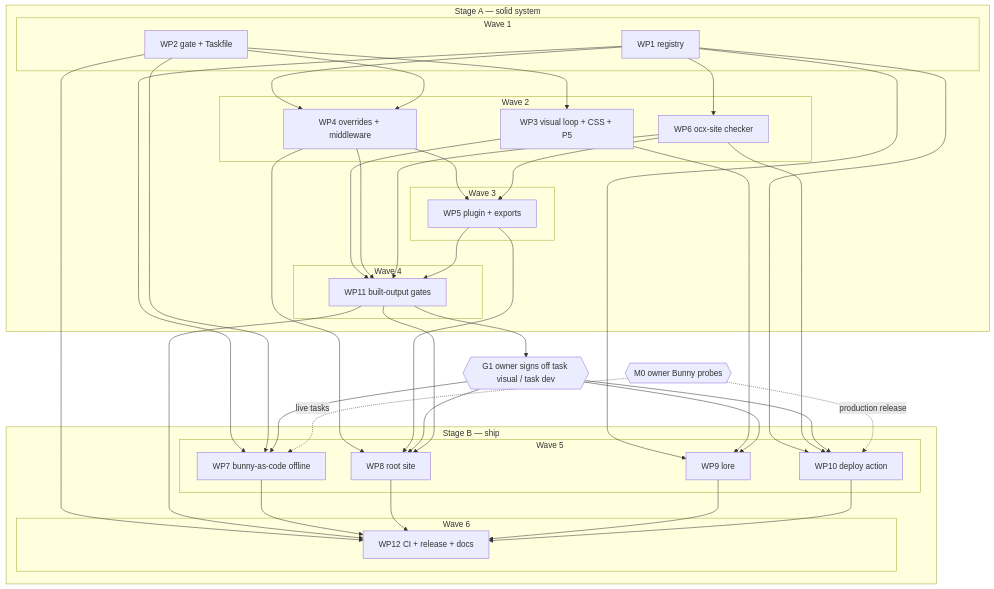
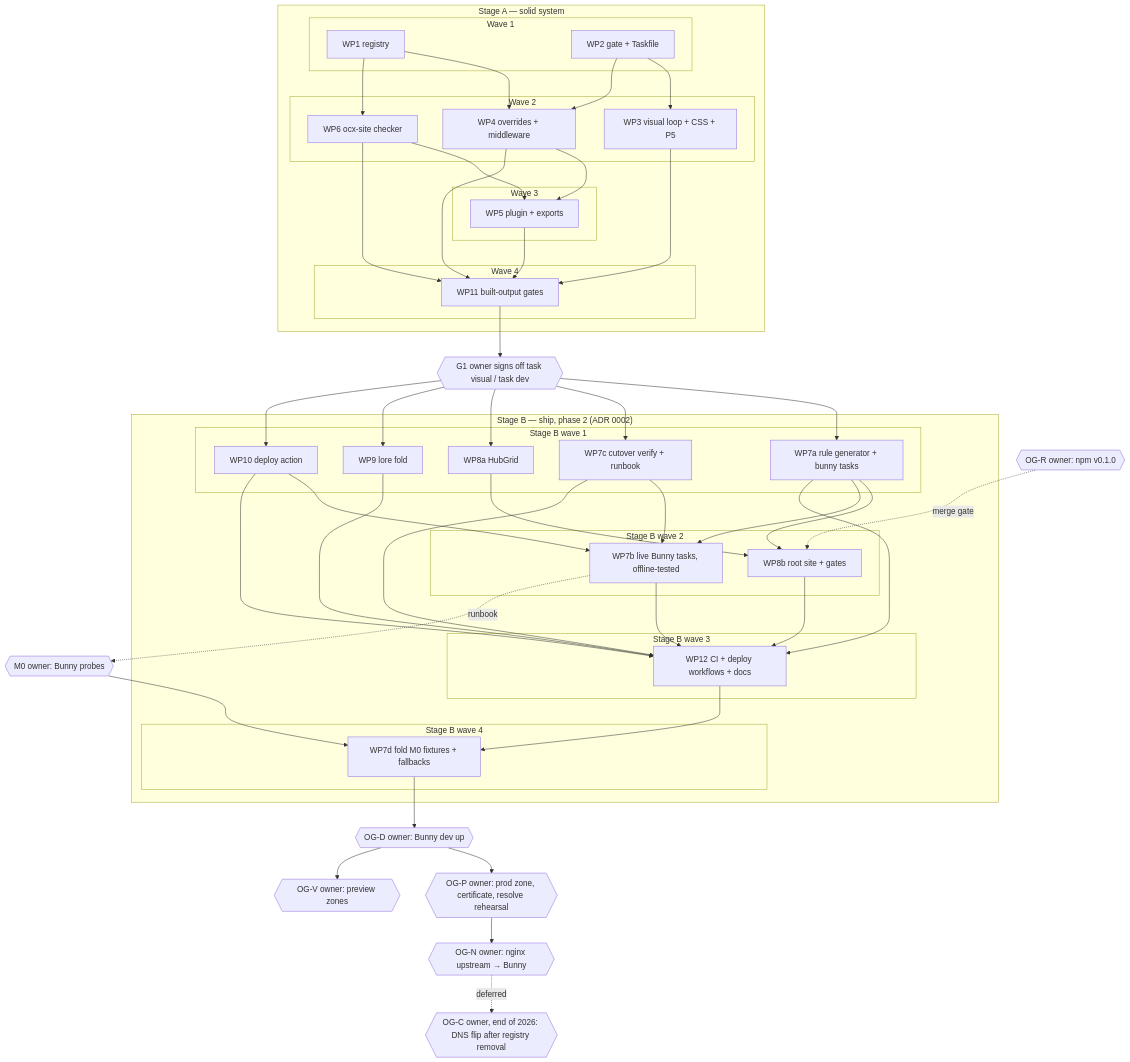
Before and after one commit to ocx-sh/website: the diagram in .agents/plans/plan_website-buildout.md, drawn with Mermaid. The commit also changed other lines of this file and 6 other files, not shown here.

First line of the commit message:
docs(agents): plan, ADR 0002 and research for phase 2

````diff
--- a/.agents/plans/plan_website-buildout.md
+++ b/.agents/plans/plan_website-buildout.md
@@ -161,45 +574,63 @@
 ```mermaid
 graph TD
     subgraph SA["Stage A — solid system"]
         subgraph W1["Wave 1"]
             WP1[WP1 registry]
             WP2[WP2 gate + Taskfile]
         end
         subgraph W2["Wave 2"]
             WP3[WP3 visual loop + CSS + P5]
             WP4[WP4 overrides + middleware]
             WP6[WP6 ocx-site checker]
         end
         subgraph W3["Wave 3"]
             WP5[WP5 plugin + exports]
         end
         subgraph W4["Wave 4"]
             WP11[WP11 built-output gates]
         end
     end
     G1{{G1 owner signs off task visual / task dev}}
-    subgraph SB["Stage B — ship"]
-        subgraph W5["Wave 5"]
-            WP7[WP7 bunny-as-code offline]
-            WP8[WP8 root site]
-            WP9[WP9 lore]
+    subgraph SB["Stage B — ship, phase 2 (ADR 0002)"]
+        subgraph B1["Stage B wave 1"]
+            WP7a[WP7a rule generator + bunny tasks]
+            WP7c[WP7c cutover verify + runbook]
+            WP8a[WP8a HubGrid]
+            WP9[WP9 lore fold]
             WP10[WP10 deploy action]
         end
-        subgraph W6["Wave 6"]
-            WP12[WP12 CI + release + docs]
+        subgraph B2["Stage B wave 2"]
+            WP8b[WP8b root site + gates]
+            WP7b[WP7b live Bunny tasks, offline-tested]
+        end
+        subgraph B3["Stage B wave 3"]
+            WP12[WP12 CI + deploy workflows + docs]
+        end
+        subgraph B4["Stage B wave 4"]
+            WP7d[WP7d fold M0 fixtures + fallbacks]
         end
     end
-    M0{{M0 owner Bunny probes}}
-    WP1 --> WP4 & WP6 & WP7 & WP9 & WP10
-    WP2 --> WP3 & WP4 & WP7 & WP12
-    WP3 --> WP9 & WP11
-    WP4 --> WP5 & WP8 & WP11
-    WP6 --> WP5 & WP10 & WP11
-    WP5 --> WP8 & WP11
+    OGR{{"OG-R owner: npm v0.1.0"}}
+    M0{{"M0 owner: Bunny probes"}}
+    OGD{{"OG-D owner: Bunny dev up"}}
+    OGP{{"OG-P owner: prod zone, certificate, resolve rehearsal"}}
+    OGN{{"OG-N owner: nginx upstream → Bunny"}}
+    OGC{{"OG-C owner, end of 2026: DNS flip after registry removal"}}
+    OGV{{"OG-V owner: preview zones"}}
+    WP1 --> WP4 & WP6
+    WP2 --> WP3 & WP4
+    WP3 --> WP11
+    WP4 --> WP5 & WP11
+    WP6 --> WP5 & WP11
+    WP5 --> WP11
     WP11 --> G1
-    G1 --> WP7 & WP8 & WP9 & WP10
-    WP11 --> WP8 & WP12
-    WP7 & WP8 & WP9 & WP10 --> WP12
-    M0 -. live tasks .-> WP7
-    M0 -. production release .-> WP10
+    G1 --> WP7a & WP7c & WP8a & WP9 & WP10
+    WP8a & WP7a --> WP8b
+    OGR -. merge gate .-> WP8b
+    WP7a & WP7c & WP10 --> WP7b
+    WP7a & WP7b & WP7c & WP8b & WP9 & WP10 --> WP12
+    WP7b -. runbook .-> M0
+    WP12 & M0 --> WP7d --> OGD
+    OGD --> OGP --> OGN -. deferred .-> OGC
+    OGD --> OGV
 ```
````
